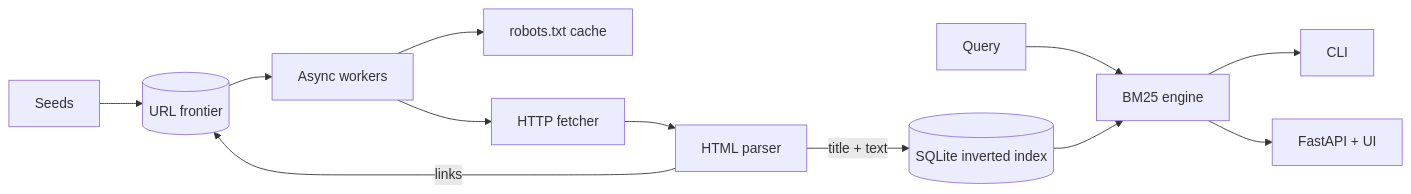
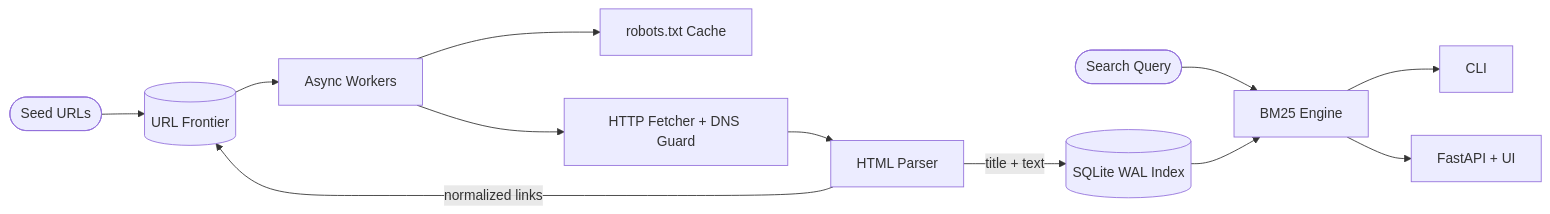
The first of 2 diagrams in README.md (SubhrajeetSikdar/Web-Crawler-and-Search-Engine), drawn with Mermaid before and after one commit. The commit also changed other lines of this file, not shown here.

````diff
--- a/README.md
+++ b/README.md
@@ -28,13 +42,15 @@
 ```mermaid
 flowchart LR
-    Seeds --> Frontier[(URL frontier)]
-    Frontier --> Workers[Async workers]
-    Workers --> Robots[robots.txt cache]
-    Workers --> Fetcher[HTTP fetcher]
-    Fetcher --> Parser[HTML parser]
-    Parser -->|links| Frontier
-    Parser -->|title + text| Index[(SQLite inverted index)]
-    Query --> Engine[BM25 engine]
+    Seeds([Seed URLs]) --> Frontier[(URL Frontier)]
+    Frontier --> Workers[Async Workers]
+    Workers --> Robots[robots.txt Cache]
+    Workers --> Fetcher[HTTP Fetcher + DNS Guard]
+    Fetcher --> Parser[HTML Parser]
+    Parser -->|normalized links| Frontier
+    Parser -->|title + text| Index[(SQLite WAL Index)]
+
+    Query([Search Query]) --> Engine[BM25 Engine]
     Index --> Engine
-    Engine --> CLI & API[FastAPI + UI]
+    Engine --> CLI[CLI]
+    Engine --> API[FastAPI + UI]
 ```
````
